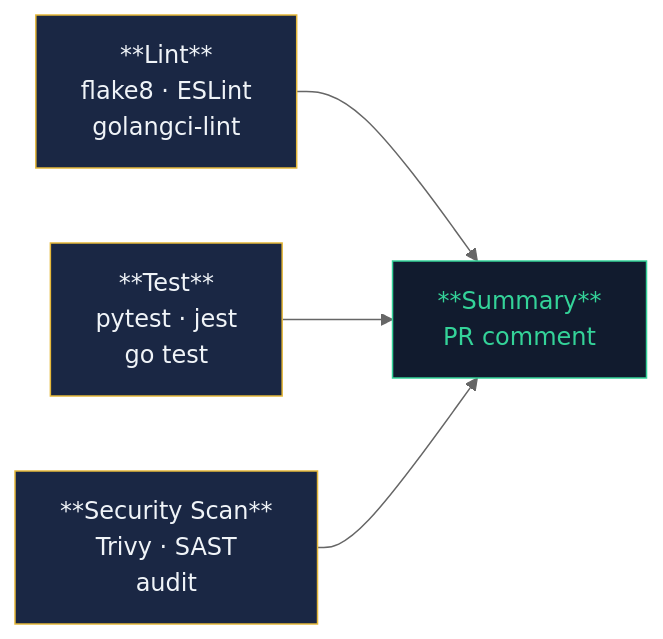
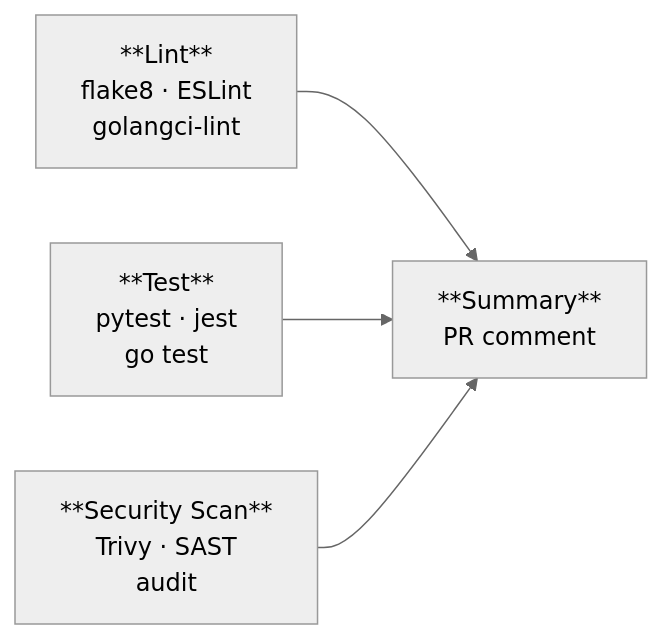
The first of 3 diagrams in docs/03-reusable-workflows.md (mruthyunjaya-lakkappanavar/gha-reusable-workflows-docs), drawn with Mermaid (neutral theme) before and after one commit. The commit also changed other lines of this file and 4 other files, not shown here.

Commit message:
Remove hardcoded dark styles from Mermaid diagrams for light/dark mode support

````diff
--- a/docs/03-reusable-workflows.md
+++ b/docs/03-reusable-workflows.md
@@ -33,14 +33,9 @@
 ```mermaid
 flowchart LR
     L["**Lint**<br/>flake8 · ESLint<br/>golangci-lint"]
     T["**Test**<br/>pytest · jest<br/>go test"]
     S["**Security Scan**<br/>Trivy · SAST<br/>audit"]
     R["**Summary**<br/>PR comment"]
 
     L & T & S --> R
-
-    style L fill:#1a2744,stroke:#e5b83a,color:#f0f4f8
-    style T fill:#1a2744,stroke:#e5b83a,color:#f0f4f8
-    style S fill:#1a2744,stroke:#e5b83a,color:#f0f4f8
-    style R fill:#111b2e,stroke:#34d399,color:#34d399
 ```
````
